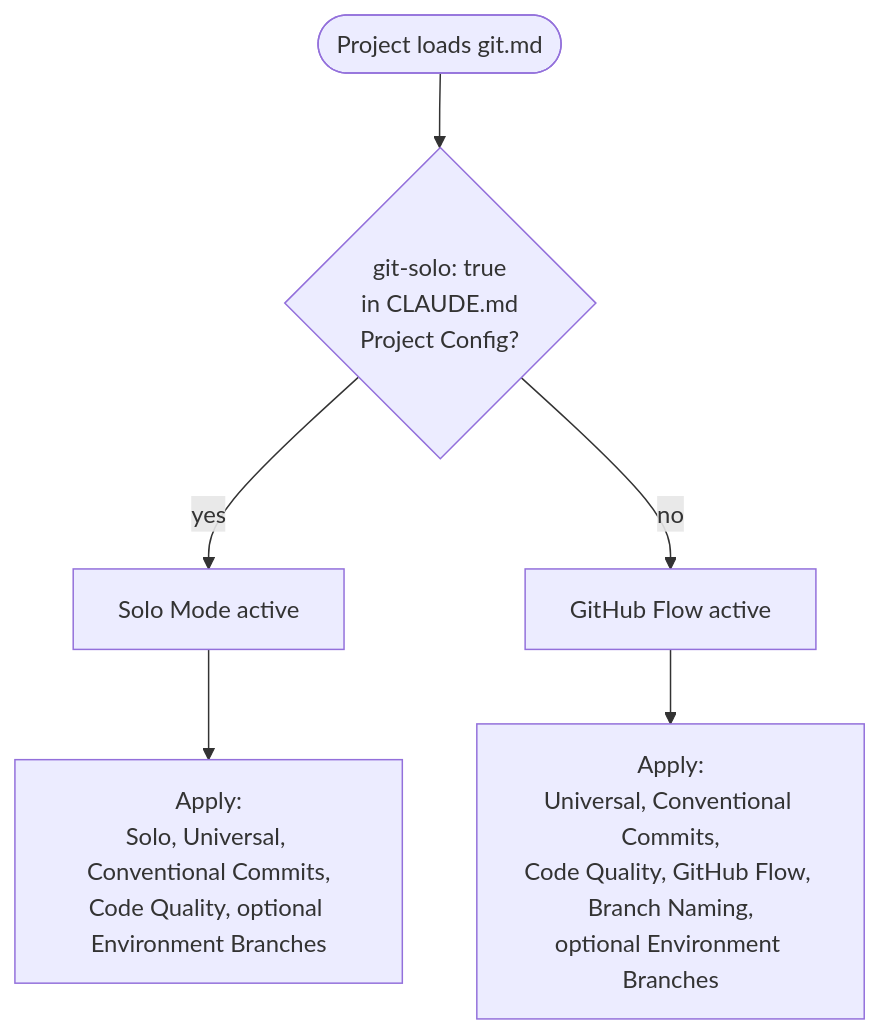
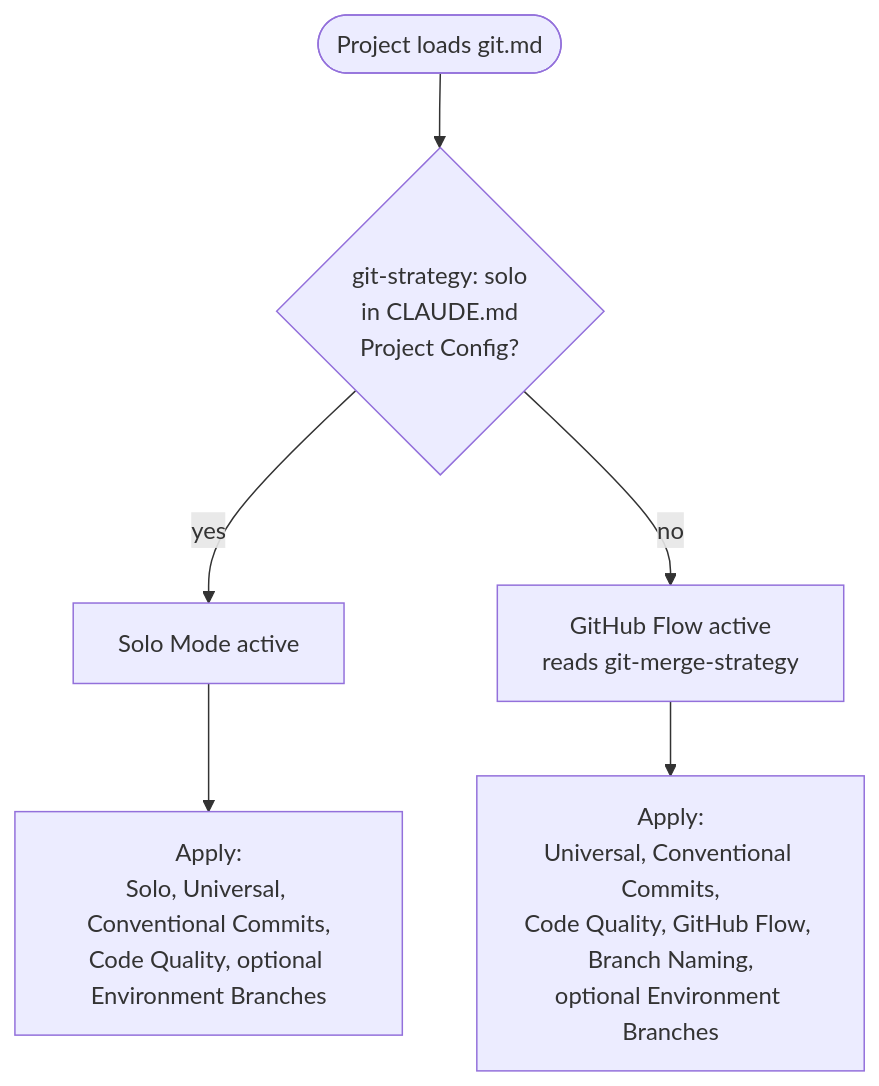
Before and after one commit to myowinthein/agent-helm: the diagram in docs/rules/git.md, drawn with Mermaid. The commit also changed other lines of this file and 3 other files, not shown here.

First line of the commit message:
feat(log,git): replace git-solo flag with git-strategy, add configurable merge strategy

````diff
--- a/docs/rules/git.md
+++ b/docs/rules/git.md
@@ -13,9 +13,9 @@
 ```mermaid
 flowchart TD
-  Start([Project loads git.md]) --> Check{git-solo: true<br/>in CLAUDE.md<br/>Project Config?}
+  Start([Project loads git.md]) --> Check{git-strategy: solo<br/>in CLAUDE.md<br/>Project Config?}
   Check -->|yes| Solo[Solo Mode active]
-  Check -->|no| Flow[GitHub Flow active]
+  Check -->|no| Flow[GitHub Flow active<br/>reads git-merge-strategy]
 
   Solo --> Sections1[Apply:<br/>Solo, Universal, Conventional Commits,<br/>Code Quality, optional Environment Branches]
   Flow --> Sections2[Apply:<br/>Universal, Conventional Commits,<br/>Code Quality, GitHub Flow, Branch Naming,<br/>optional Environment Branches]
 ```
````
